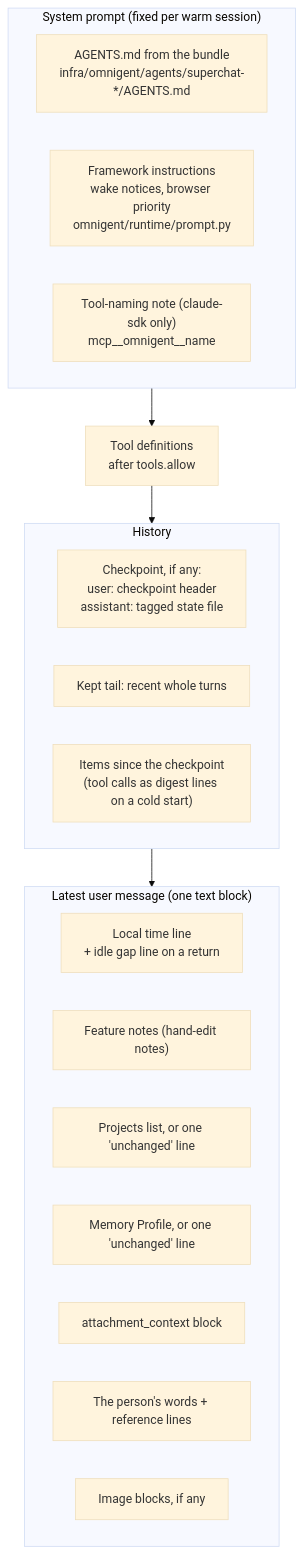
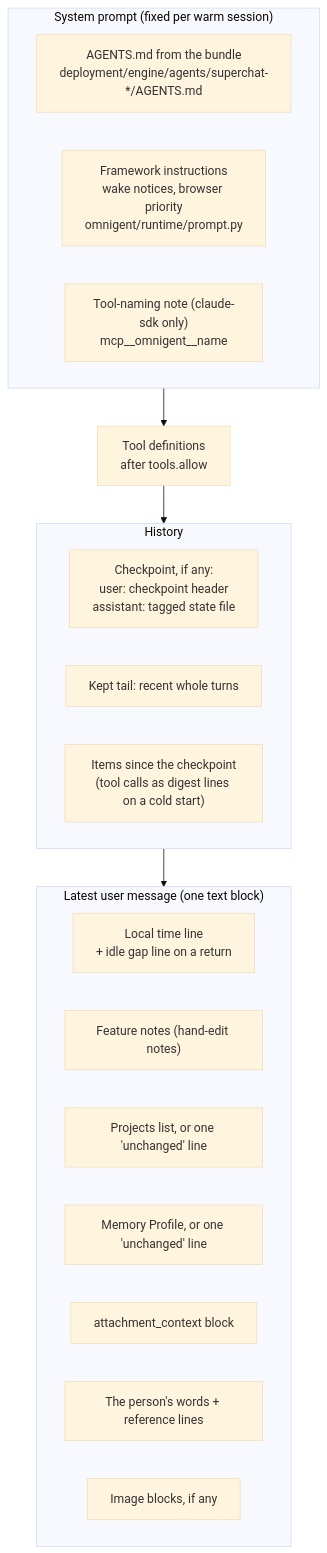
One commit to routifai/bot-grok changed the diagram in docs/super-chat/context-assembly.md. Above: the diagram before and after it, drawn with Mermaid (base theme). The commit also changed other lines of this file and 2336 other files, not shown here.

````diff
--- a/docs/super-chat/context-assembly.md
+++ b/docs/super-chat/context-assembly.md
@@ -75,24 +75,24 @@
 ```mermaid
 flowchart TB
     subgraph SYS["System prompt (fixed per warm session)"]
-        A1["AGENTS.md from the bundle<br/>infra/omnigent/agents/superchat-*/AGENTS.md"]
+        A1["AGENTS.md from the bundle<br/>deployment/engine/agents/superchat-*/AGENTS.md"]
         A2["Framework instructions<br/>wake notices, browser priority<br/>omnigent/runtime/prompt.py"]
         A3["Tool-naming note (claude-sdk only)<br/>mcp__omnigent__name"]
     end
     T["Tool definitions<br/>after tools.allow"]
     subgraph HIST["History"]
         H1["Checkpoint, if any:<br/>user: checkpoint header<br/>assistant: tagged state file"]
         H2["Kept tail: recent whole turns"]
         H3["Items since the checkpoint<br/>(tool calls as digest lines on a cold start)"]
     end
     subgraph MSG["Latest user message (one text block)"]
         P1["Local time line<br/>+ idle gap line on a return"]
         P2["Feature notes (hand-edit notes)"]
         P3["Projects list, or one 'unchanged' line"]
         P4["Memory Profile, or one 'unchanged' line"]
         P5["attachment_context block"]
         P6["The person's words + reference lines"]
         P7["Image blocks, if any"]
     end
     SYS --> T --> HIST --> MSG
 ```
````
